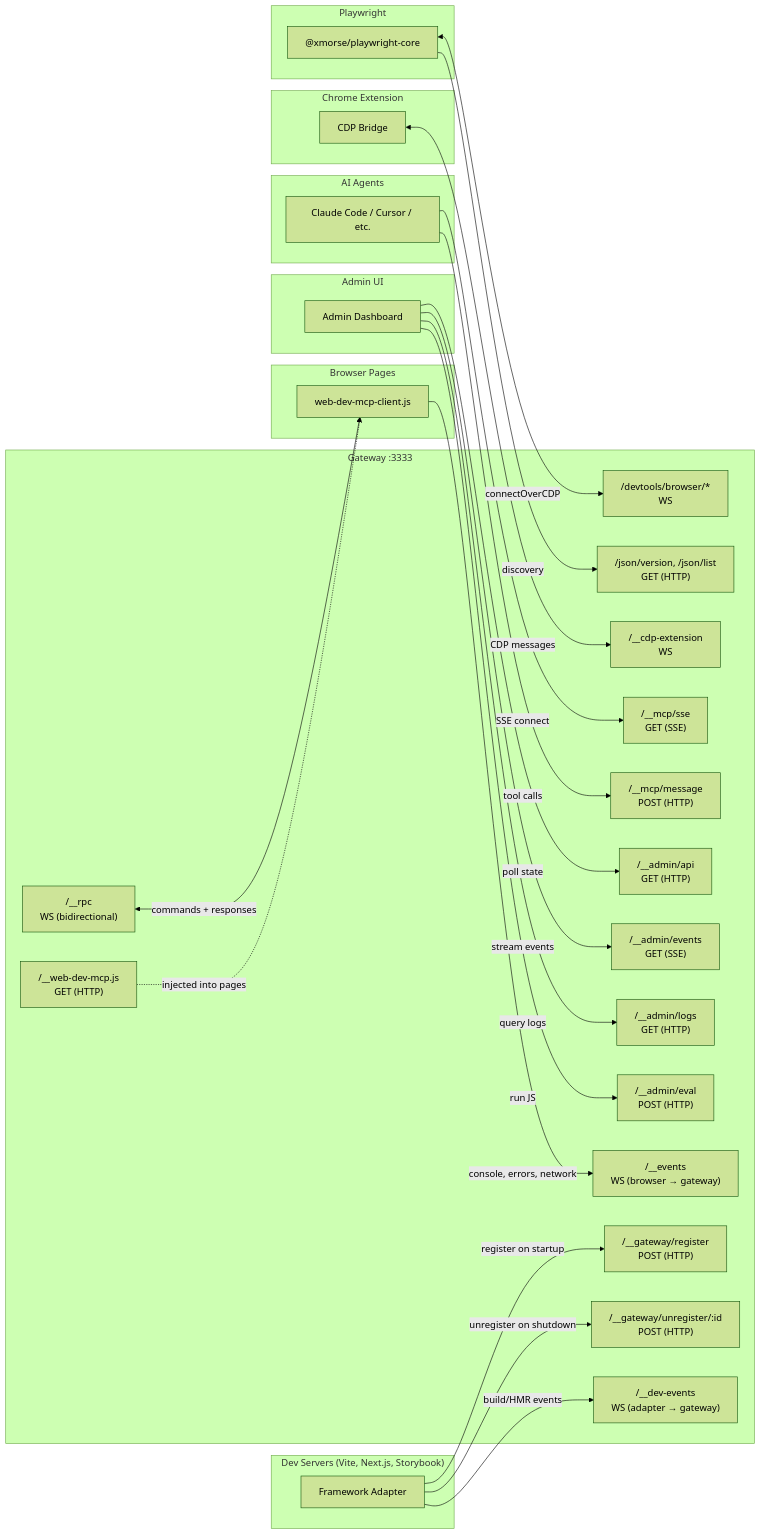
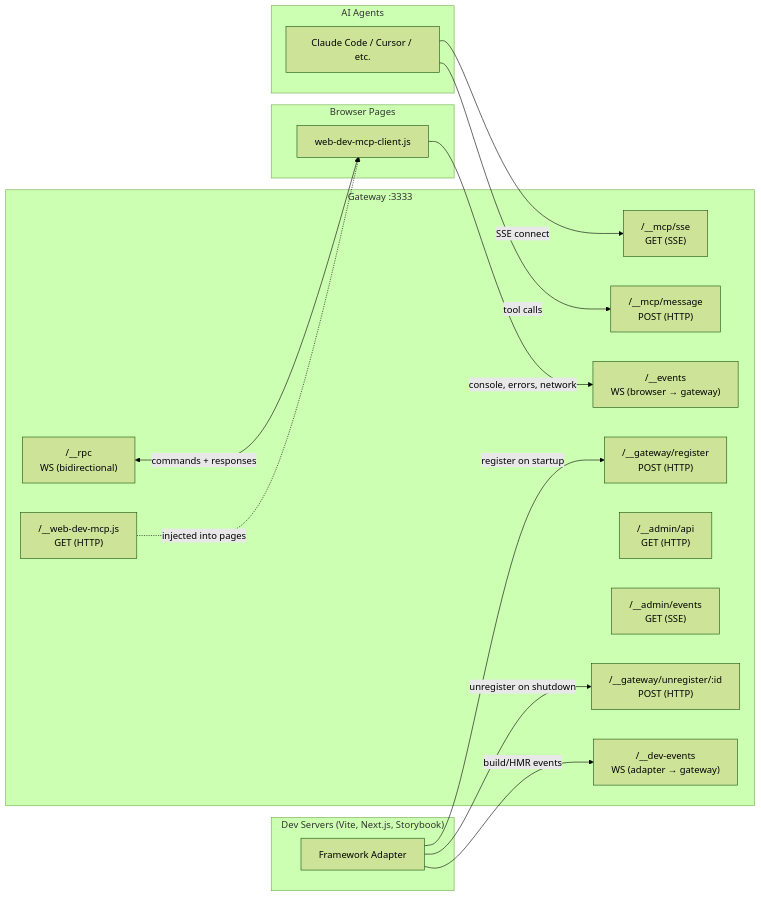
Before and after one commit to WinstonFassett/webdev-ai: the third of 6 diagrams in docs/architecture.md, drawn with Mermaid (forest theme). The commit also changed other lines of this file and 10 other files, not shown here.

````diff
--- a/docs/architecture.md
+++ b/docs/architecture.md
@@ -114,69 +104,41 @@
 ```mermaid
 graph LR
     subgraph "Dev Servers (Vite, Next.js, Storybook)"
         ADAPTER["Framework Adapter"]
     end
 
     subgraph "Gateway :3333"
         REG["/__gateway/register<br/>POST (HTTP)"]
         UNREG["/__gateway/unregister/:id<br/>POST (HTTP)"]
         EVENTS_WS["/__events<br/>WS (browser → gateway)"]
         DEV_WS["/__dev-events<br/>WS (adapter → gateway)"]
         RPC_WS["/__rpc<br/>WS (bidirectional)"]
         ADMIN_API["/__admin/api<br/>GET (HTTP)"]
         ADMIN_SSE["/__admin/events<br/>GET (SSE)"]
-        ADMIN_LOGS["/__admin/logs<br/>GET (HTTP)"]
-        ADMIN_EVAL["/__admin/eval<br/>POST (HTTP)"]
         MCP_SSE["/__mcp/sse<br/>GET (SSE)"]
         MCP_MSG["/__mcp/message<br/>POST (HTTP)"]
-        CDP_EXT["/__cdp-extension<br/>WS"]
-        CDP_PW["/devtools/browser/*<br/>WS"]
-        CDP_HTTP["/json/version, /json/list<br/>GET (HTTP)"]
         CLIENT_JS["/__web-dev-mcp.js<br/>GET (HTTP)"]
     end
 
     subgraph "Browser Pages"
         CLIENT["web-dev-mcp-client.js"]
     end
 
-    subgraph "Admin UI"
-        ADMIN["Admin Dashboard"]
-    end
-
     subgraph "AI Agents"
         AGENT["Claude Code / Cursor / etc."]
-    end
-
-    subgraph "Chrome Extension"
-        EXT["CDP Bridge"]
-    end
-
-    subgraph "Playwright"
-        PW["@xmorse/playwright-core"]
     end
 
     %% Adapter registration
     ADAPTER -->|"register on startup"| REG
     ADAPTER -->|"unregister on shutdown"| UNREG
     ADAPTER -->|"build/HMR events"| DEV_WS
 
     %% Browser connections
     CLIENT -->|"console, errors, network"| EVENTS_WS
     RPC_WS <-->|"commands + responses"| CLIENT
     CLIENT_JS -.->|"injected into pages"| CLIENT
 
-    %% Admin connections
-    ADMIN -->|"poll state"| ADMIN_API
-    ADMIN -->|"stream events"| ADMIN_SSE
-    ADMIN -->|"query logs"| ADMIN_LOGS
-    ADMIN -->|"run JS"| ADMIN_EVAL
-
     %% Agent connections
     AGENT -->|"SSE connect"| MCP_SSE
     AGENT -->|"tool calls"| MCP_MSG
-
-    %% CDP connections
-    EXT <-->|"CDP messages"| CDP_EXT
-    PW <-->|"connectOverCDP"| CDP_PW
-    PW -->|"discovery"| CDP_HTTP
 ```
````
